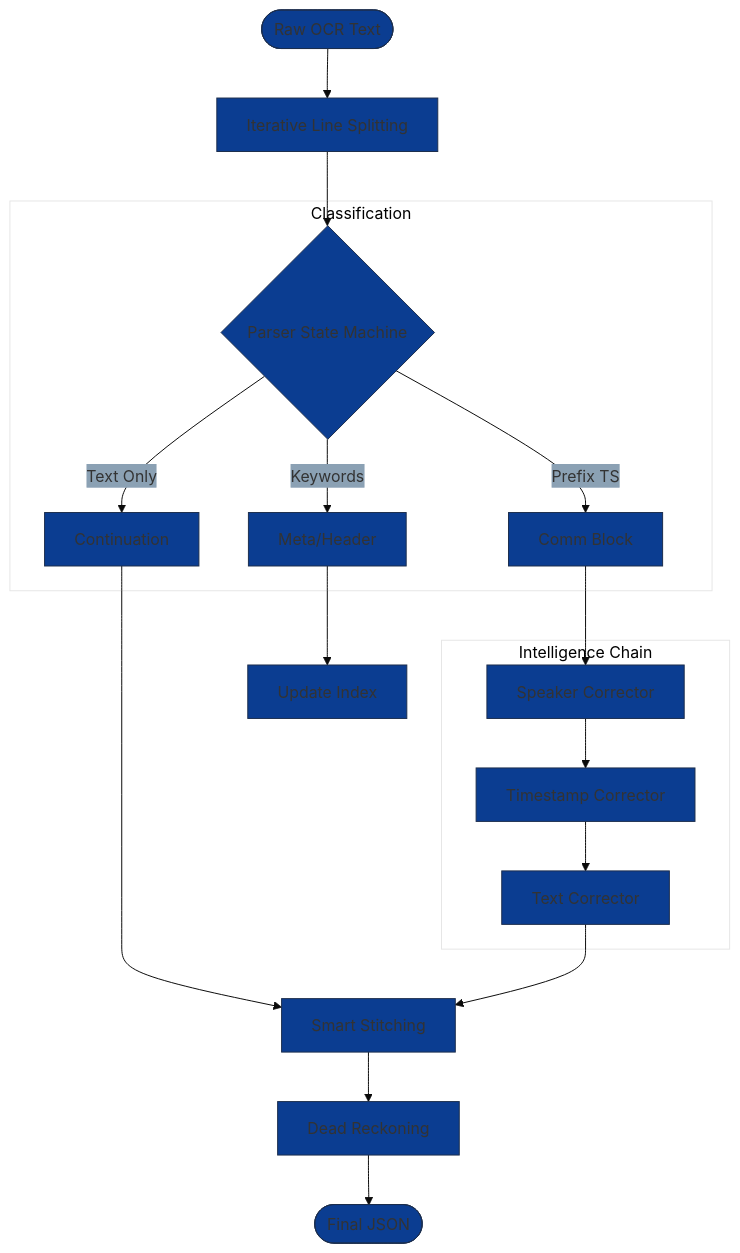
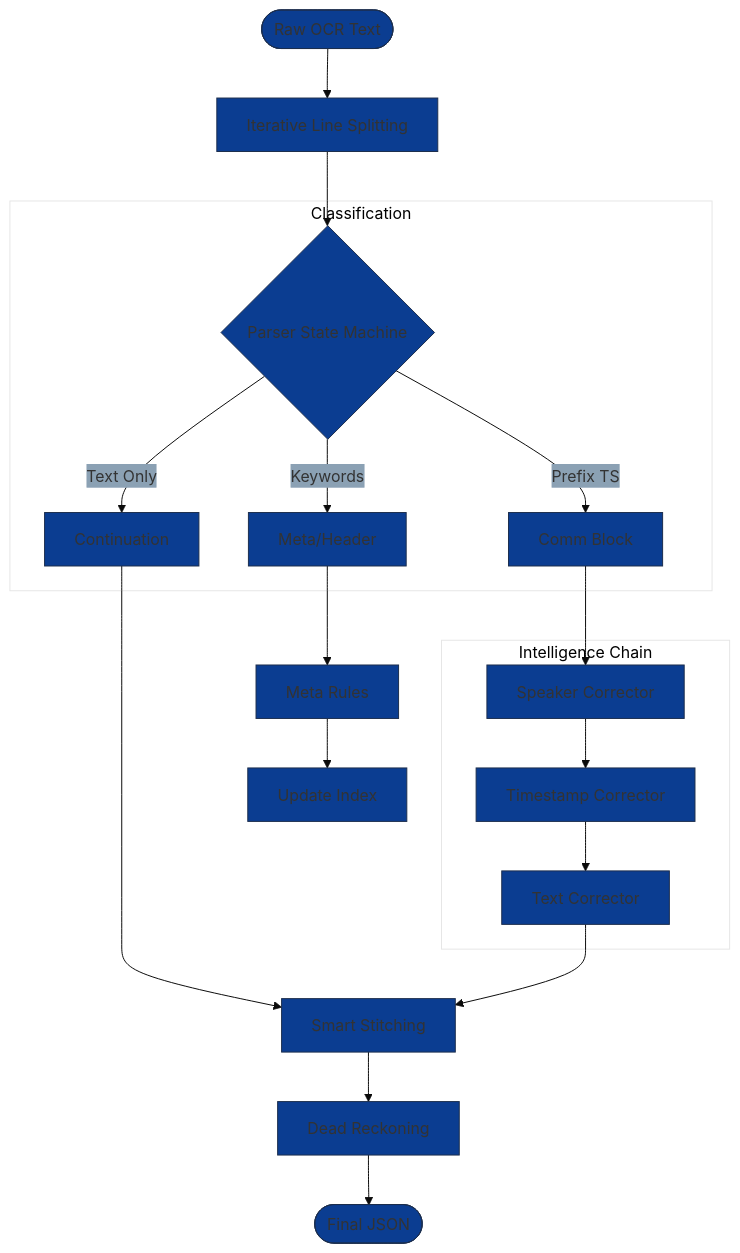
One commit to JeanLouisParent/Nasa-Transcript-Processor changed the first of 2 diagrams in docs/POST_PROCESSING.md. Above: the diagram before and after it, drawn with Mermaid. The commit also changed other lines of this file and 3 other files, not shown here.

Commit message:
Refresh mermaid diagrams across docs

````diff
--- a/docs/POST_PROCESSING.md
+++ b/docs/POST_PROCESSING.md
@@ -9,25 +9,26 @@
 ```mermaid
 %%{init: {'theme': 'base', 'themeVariables': { 'primaryColor': '#0B3D91', 'secondaryColor': '#8BA1B4', 'tertiaryColor': '#fff' }}}%%
 flowchart TD
     Input([Raw OCR Text]) --> Split[Iterative Line Splitting]
     Split --> Parser{Parser State Machine}
 
     subgraph Classification
         Parser -->|Prefix TS| BlockComm[Comm Block]
         Parser -->|Keywords| BlockMeta[Meta/Header]
         Parser -->|Text Only| BlockCont[Continuation]
     end
 
     subgraph Intelligence["Intelligence Chain"]
         BlockComm --> Spk[Speaker Corrector]
         Spk --> Time[Timestamp Corrector]
         Time --> Text[Text Corrector]
     end
 
     BlockCont --> Stitch[Smart Stitching]
-    BlockMeta --> Index[Update Index]
+    BlockMeta --> MetaRules[Meta Rules]
+    MetaRules --> Index[Update Index]
     Text --> Stitch
 
     Stitch --> Meta[Dead Reckoning]
     Meta --> Output([Final JSON])
 ```
````
